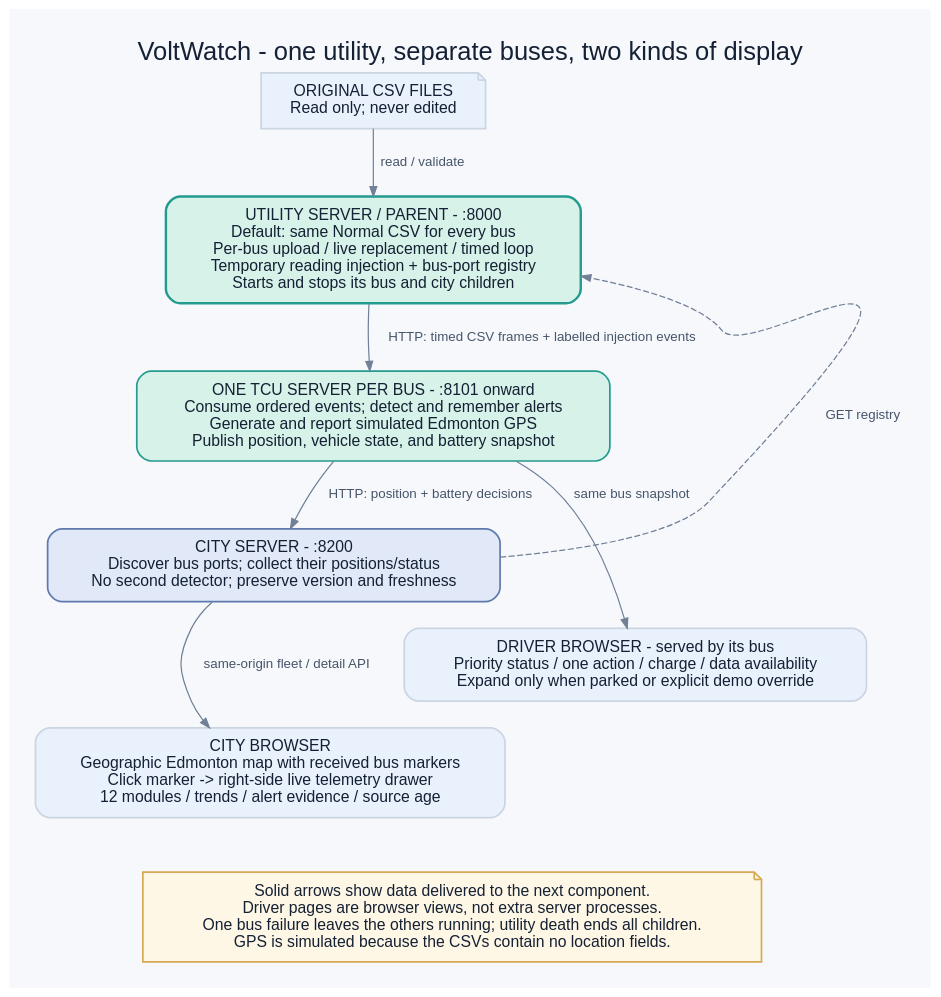
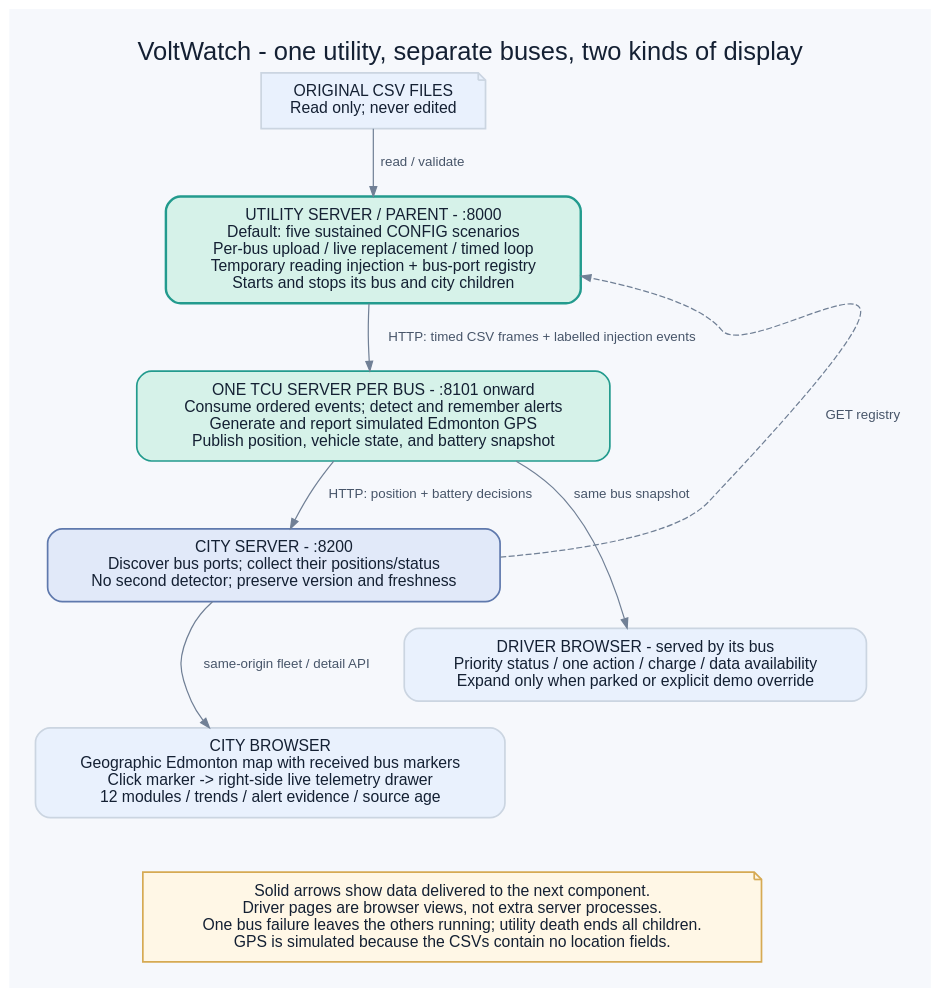
Before and after one commit to sahibjotsingh05/CellSight: the diagram in docs/diagrams/architecture.dot, drawn with Graphviz. The commit also changed 10 other files, not shown here.

```diff
--- a/docs/diagrams/architecture.dot
+++ b/docs/diagrams/architecture.dot
@@ -1,20 +1,20 @@
 digraph architecture {
   graph [rankdir=TB, bgcolor="#F6F8FC", pad="0.3", nodesep="0.5", ranksep="0.6", fontname="Helvetica", fontsize=21, fontcolor="#142033", label="VoltWatch - one utility, separate buses, two kinds of display", labelloc=t];
   node [shape=box, style="rounded,filled", fillcolor="white", color="#CBD5E1", penwidth=1.4, fontname="Helvetica", fontsize=13, fontcolor="#142033", margin="0.18,0.13"];
   edge [color="#718096", arrowsize=0.8, fontname="Helvetica", fontsize=11, fontcolor="#475569"];
   files [label="ORIGINAL CSV FILES\nRead only; never edited", shape=note, fillcolor="#E9F1FD"];
-  utility [label="UTILITY SERVER / PARENT - :8000\nDefault: same Normal CSV for every bus\nPer-bus upload / live replacement / timed loop\nTemporary reading injection + bus-port registry\nStarts and stops its bus and city children", fillcolor="#D6F2E9", color="#239B8E", penwidth=2];
+  utility [label="UTILITY SERVER / PARENT - :8000\nDefault: five sustained CONFIG scenarios\nPer-bus upload / live replacement / timed loop\nTemporary reading injection + bus-port registry\nStarts and stops its bus and city children", fillcolor="#D6F2E9", color="#239B8E", penwidth=2];
   buses [label="ONE TCU SERVER PER BUS - :8101 onward\nConsume ordered events; detect and remember alerts\nGenerate and report simulated Edmonton GPS\nPublish position, vehicle state, and battery snapshot", fillcolor="#D6F2E9", color="#239B8E"];
   city [label="CITY SERVER - :8200\nDiscover bus ports; collect their positions/status\nNo second detector; preserve version and freshness", fillcolor="#E1E9F9", color="#5F79AD"];
   driver [label="DRIVER BROWSER - served by its bus\nPriority status / one action / charge / data availability\nExpand only when parked or explicit demo override", fillcolor="#E9F1FD"];
   map [label="CITY BROWSER\nGeographic Edmonton map with received bus markers\nClick marker -> right-side live telemetry drawer\n12 modules / trends / alert evidence / source age", fillcolor="#E9F1FD"];
   note [label="Solid arrows show data delivered to the next component.\nDriver pages are browser views, not extra server processes.\nOne bus failure leaves the others running; utility death ends all children.\nGPS is simulated because the CSVs contain no location fields.", shape=note, fillcolor="#FFF7E6", color="#D6AA53"];
   files -> utility [label="read / validate"];
   utility -> buses [label="HTTP: timed CSV frames + labelled injection events"];
   buses -> city [label="HTTP: position + battery decisions"];
   buses -> driver [label="same bus snapshot"];
   city -> utility [style=dashed, label="GET registry", constraint=false];
   city -> map [label="same-origin fleet / detail API"];
   map -> note [style=invis];
   driver -> note [style=invis];
 }
```
